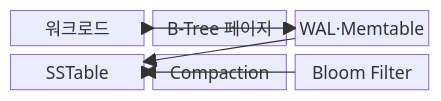
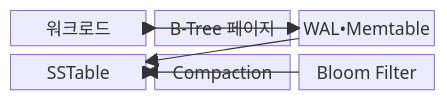
Before and after one commit to agnusdei1207/knowledge-base: the first of 2 diagrams in src/content/docs/notes/03-software/097_btree_vs_lsm_tree.md, drawn with Mermaid. The commit also changed other lines of this file and 953 other files, not shown here.

````diff
--- a/src/content/docs/notes/03-software/097_btree_vs_lsm_tree.md
+++ b/src/content/docs/notes/03-software/097_btree_vs_lsm_tree.md
@@ -69,15 +69,15 @@
 ```mermaid
 block-beta
   columns 3
   W["워크로드"]
   B["B-Tree 페이지"]
-  L["WAL·Memtable"]
+  L["WAL•Memtable"]
   S["SSTable"]
   C["Compaction"]
   F["Bloom Filter"]
   W --> B
   W --> L
   L --> S
   S --> C
   F --> S
 ```
````
